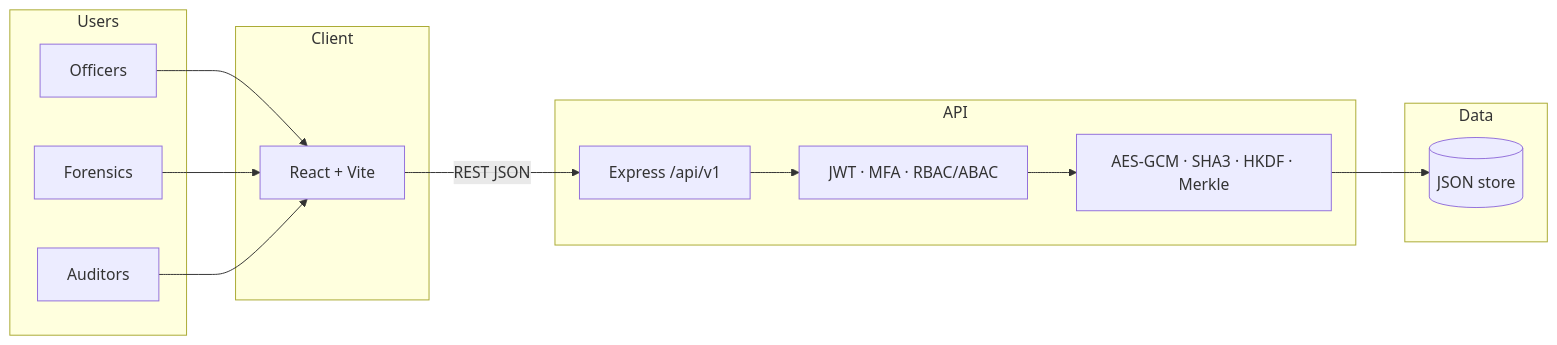
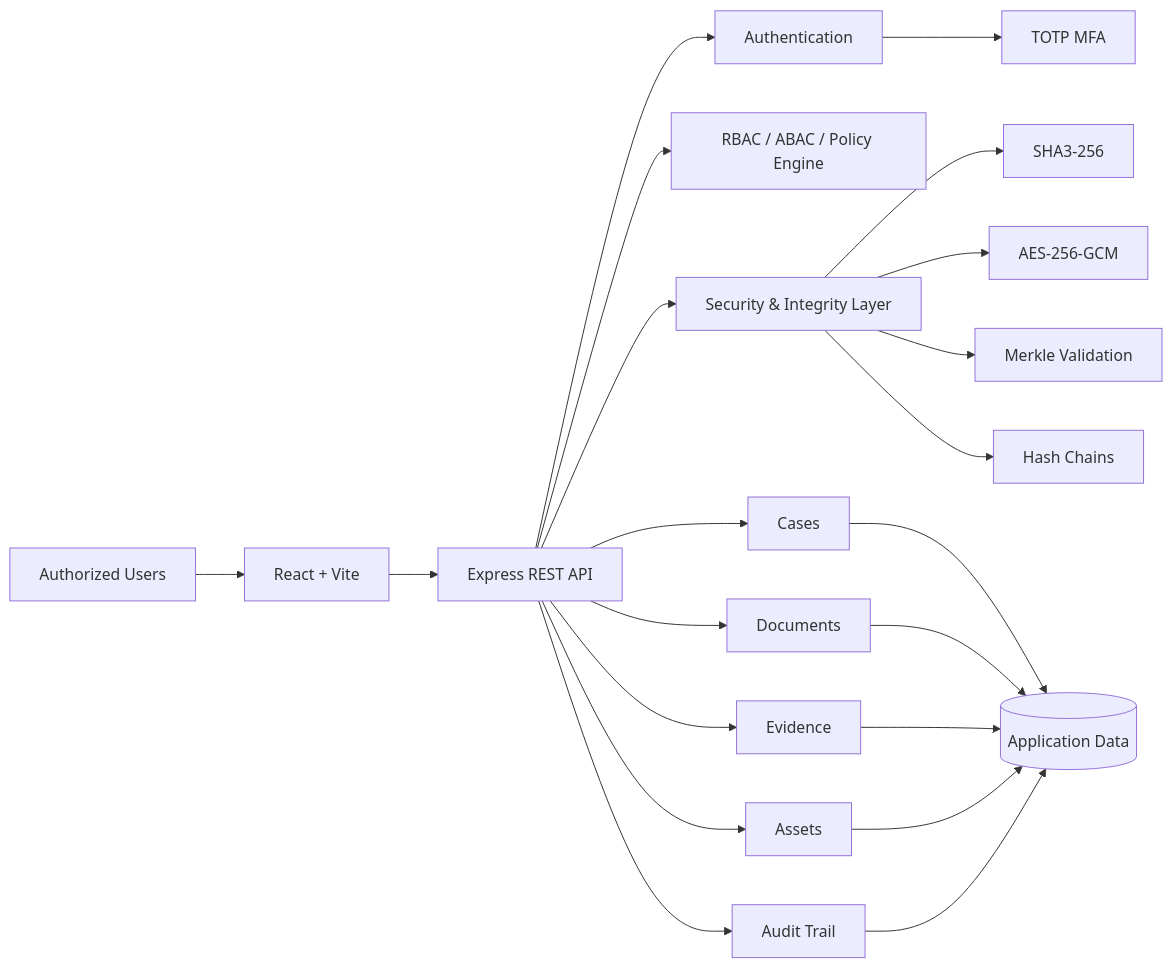
One commit to gnanadeep30805/CaseVault changed the first of 2 diagrams in README.md. Above: the diagram before and after it, drawn with Mermaid. The commit also changed other lines of this file, not shown here.

````diff
--- a/README.md
+++ b/README.md
@@ -70,30 +296,27 @@
 ```mermaid
 flowchart LR
-  subgraph Users
-    O[Officers]
-    F[Forensics]
-    A[Auditors]
-  end
+    U[Authorized Users] --> UI[React + Vite]
+    UI --> API[Express REST API]
 
-  subgraph Client
-    UI[React + Vite]
-  end
+    API --> AUTH[Authentication]
+    AUTH --> MFA[TOTP MFA]
+    API --> POLICY[RBAC / ABAC / Policy Engine]
+    API --> SEC[Security & Integrity Layer]
 
-  subgraph API
-    EX[Express /api/v1]
-    SEC[JWT · MFA · RBAC/ABAC]
-    CRY[AES-GCM · SHA3 · HKDF · Merkle]
-  end
+    SEC --> HASH[SHA3-256]
+    SEC --> ENC[AES-256-GCM]
+    SEC --> MERKLE[Merkle Validation]
+    SEC --> CHAIN[Hash Chains]
 
-  subgraph Data
-    JSON[(JSON store)]
-  end
+    API --> CASES[Cases]
+    API --> DOCS[Documents]
+    API --> EVIDENCE[Evidence]
+    API --> ASSETS[Assets]
+    API --> AUDIT[Audit Trail]
 
-  O --> UI
-  F --> UI
-  A --> UI
-  UI -->|REST JSON| EX
-  EX --> SEC
-  SEC --> CRY
-  CRY --> JSON
+    CASES --> DATA[(Application Data)]
+    DOCS --> DATA
+    EVIDENCE --> DATA
+    ASSETS --> DATA
+    AUDIT --> DATA
 ```
````
